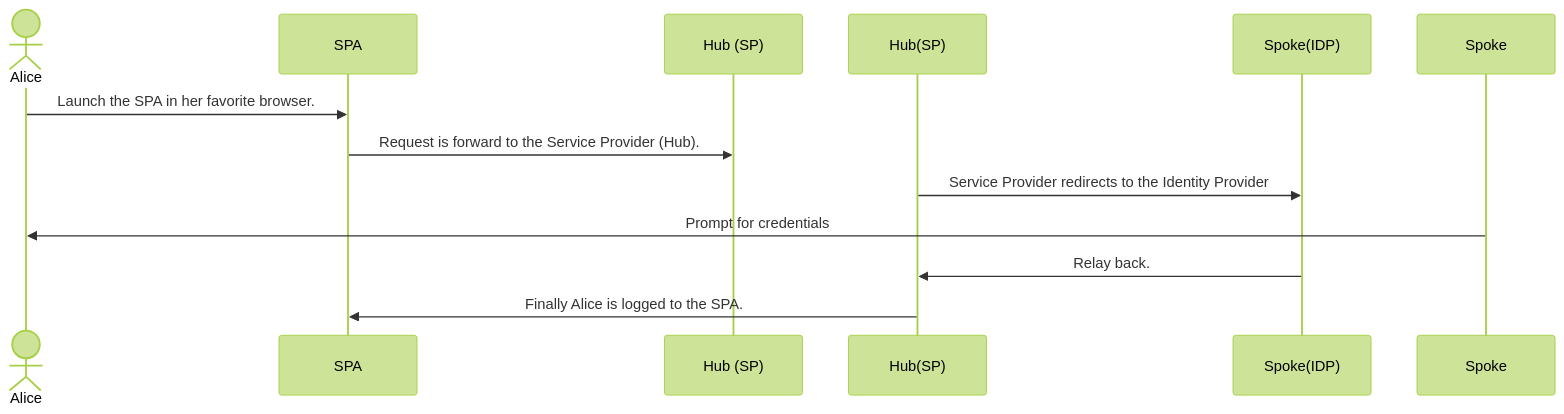
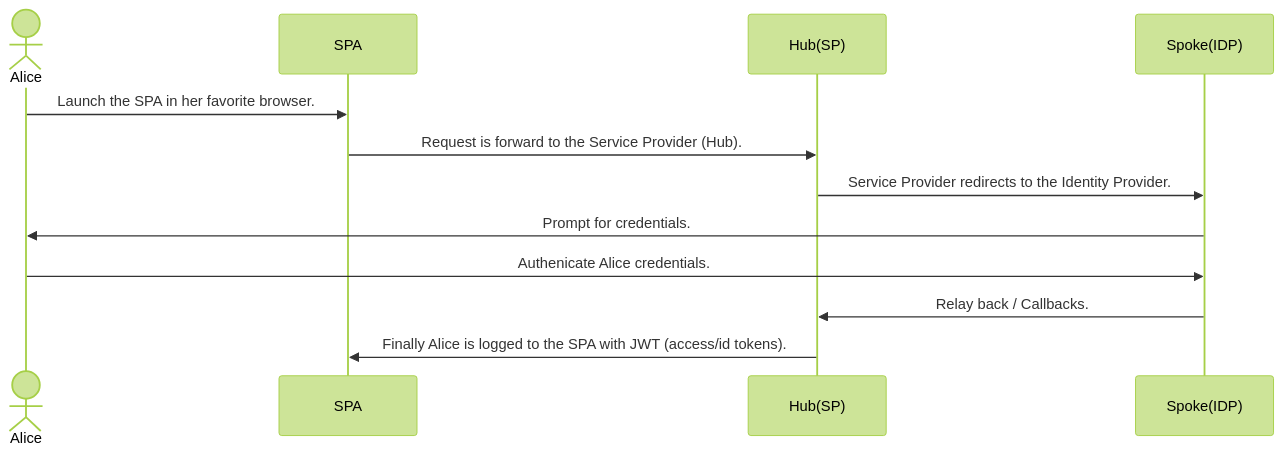
One commit to noinarisak/okta-terraform-hub-spoke-oidc changed the diagram in README.md. Above: the diagram before and after it, drawn with Mermaid (forest theme). The commit also changed other lines of this file, not shown here.

````diff
--- a/README.md
+++ b/README.md
@@ -8,10 +8,11 @@
 ```mermaid
 sequenceDiagram
     actor Alice
     Alice->>SPA: Launch the SPA in her favorite browser.
-    SPA->>Hub (SP): Request is forward to the Service Provider (Hub).
-    Hub(SP)->>Spoke(IDP): Service Provider redirects to the Identity Provider
-    Spoke->>Alice: Prompt for credentials
-    Spoke(IDP)->>Hub(SP): Relay back.
-    Hub(SP)->>SPA: Finally Alice is logged to the SPA.
+    SPA->>Hub(SP): Request is forward to the Service Provider (Hub).
+    Hub(SP)->>Spoke(IDP): Service Provider redirects to the Identity Provider.
+    Spoke(IDP)->>Alice: Prompt for credentials.
+    Alice->>Spoke(IDP): Authenicate Alice credentials.
+    Spoke(IDP)->>Hub(SP): Relay back / Callbacks.
+    Hub(SP)->>SPA: Finally Alice is logged to the SPA with JWT (access/id tokens).
 ```
````
